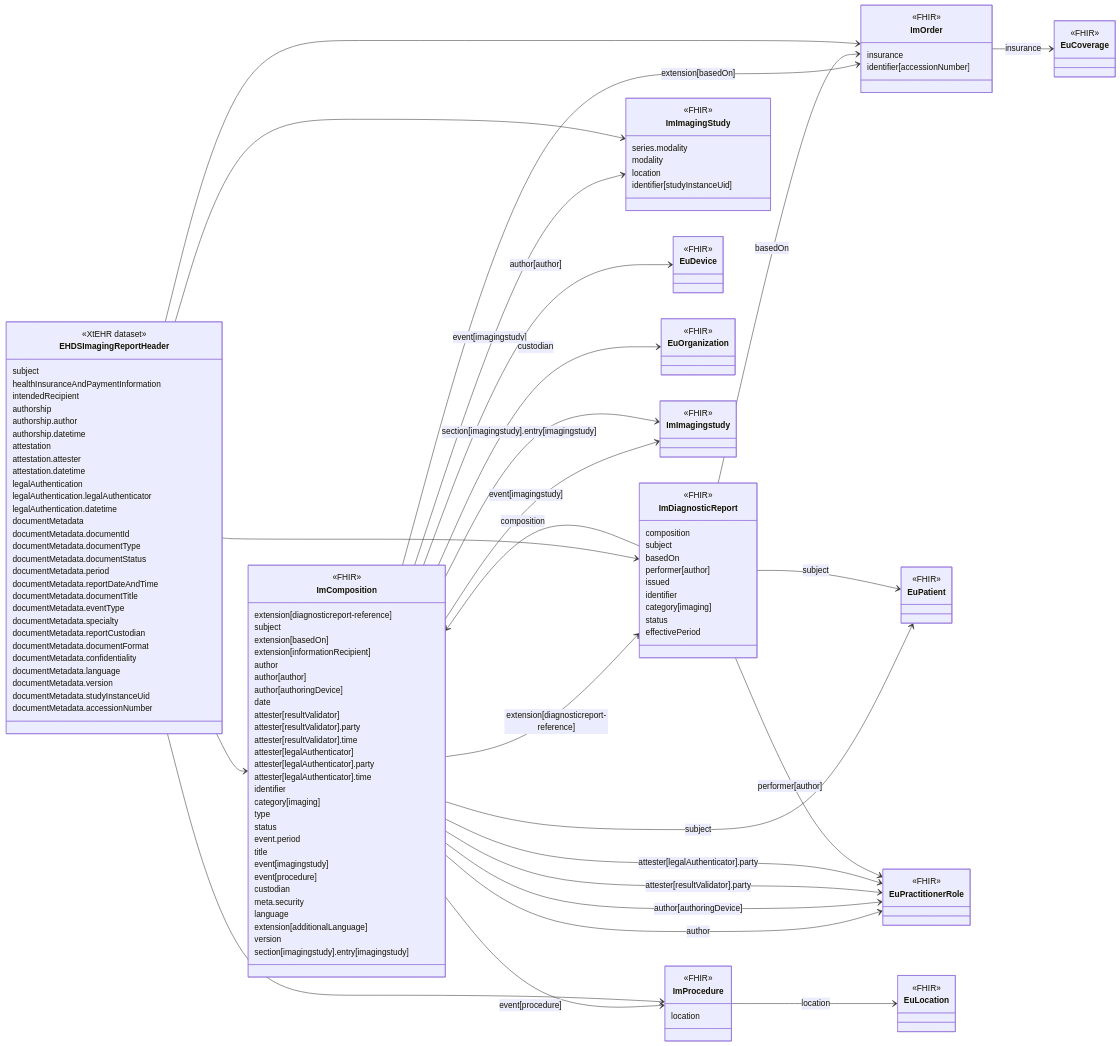
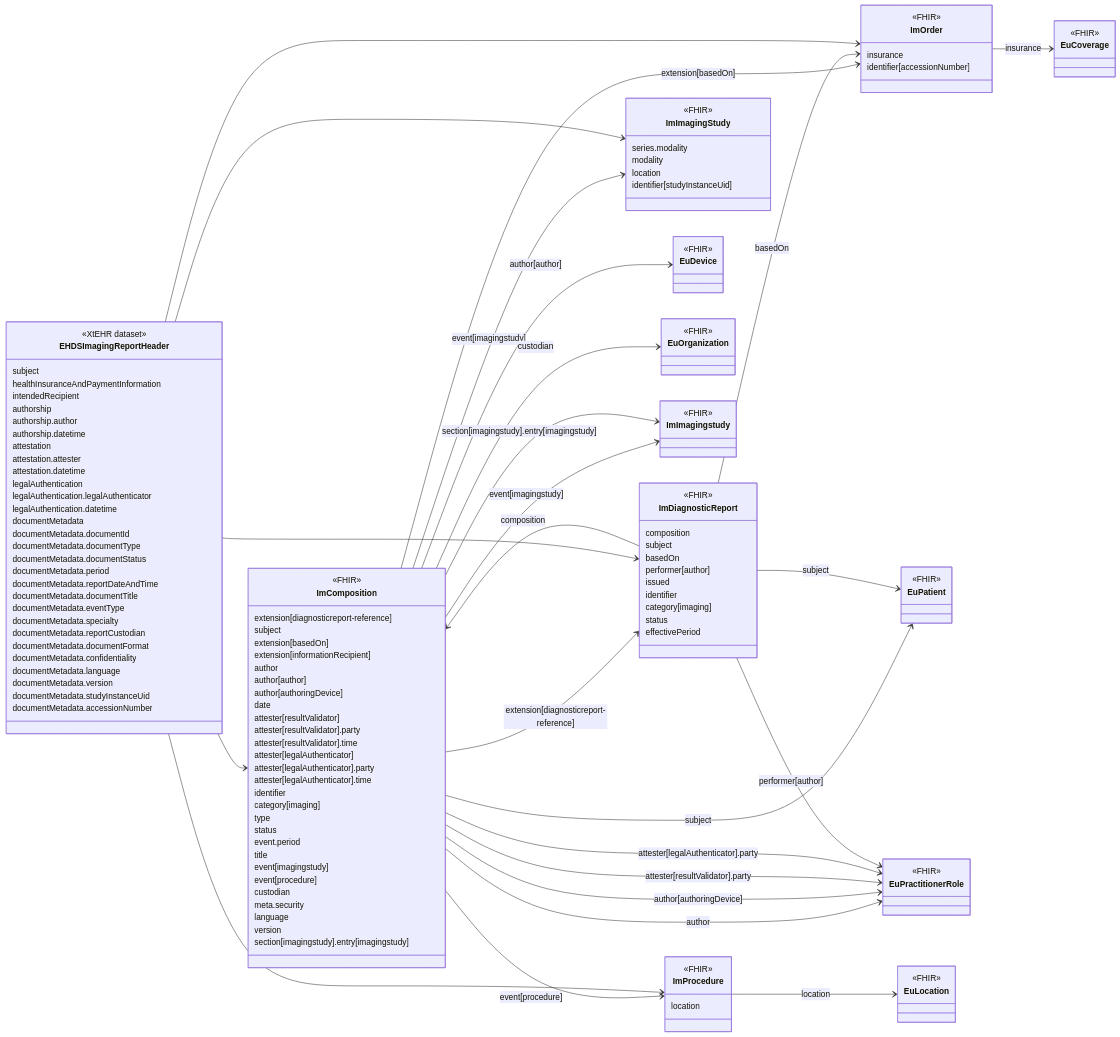
Before and after one commit to oijauregui/ehdsimaging: the diagram in input/intro-notes/ConceptMap-EHDSImagingReportHeaderMap-intro.md, drawn with Mermaid. The commit also changed 7 other files, not shown here.

Commit message:
Removed additional-language extension at the suggestion of Rutt

```diff
--- a/input/intro-notes/ConceptMap-EHDSImagingReportHeaderMap-intro.md
+++ b/input/intro-notes/ConceptMap-EHDSImagingReportHeaderMap-intro.md
@@ -64,7 +64,6 @@
   custodian
   meta.security
   language
-  extension[additionalLanguage]
   version
   section[imagingstudy].entry[imagingstudy]
 }
```
